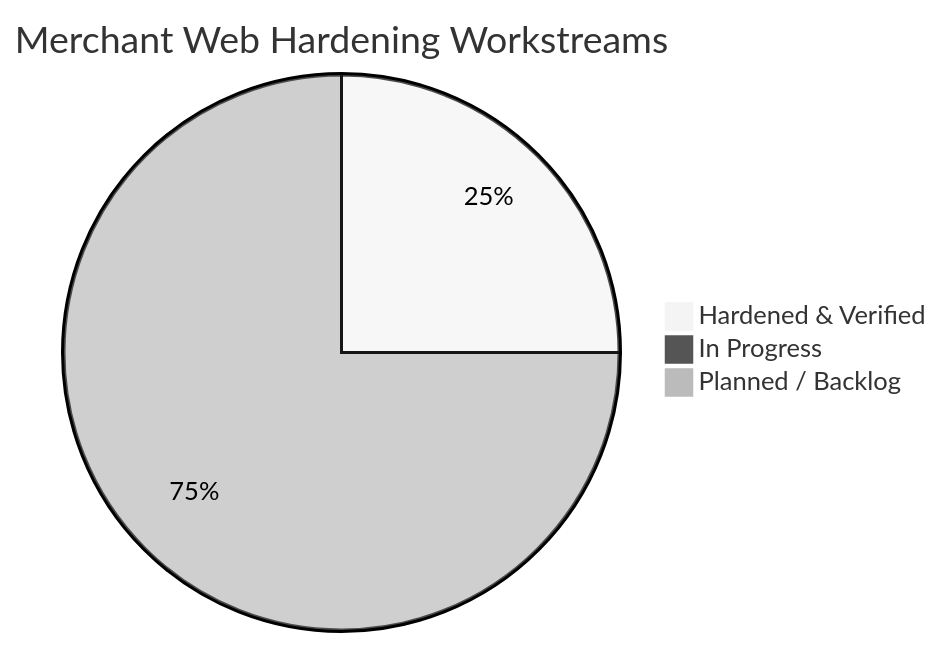
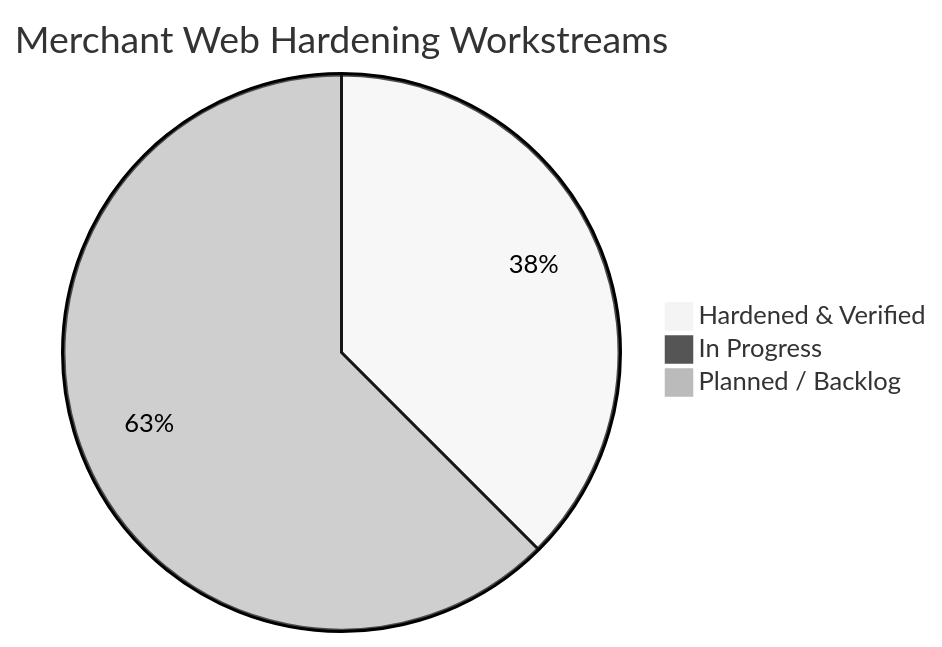
The first of 2 diagrams in merchant_web_hardening_tracker.md (UtkarshShrivastava1/qucom-platform-root), drawn with Mermaid (neutral theme) before and after one commit. The commit also changed other lines of this file and 6 other files, not shown here.

````diff
--- a/merchant_web_hardening_tracker.md
+++ b/merchant_web_hardening_tracker.md
@@ -16,6 +16,6 @@
 ```mermaid
 pie title Merchant Web Hardening Workstreams
-    "Hardened & Verified" : 2
+    "Hardened & Verified" : 3
     "In Progress" : 0
-    "Planned / Backlog" : 6
+    "Planned / Backlog" : 5
 ```
````
